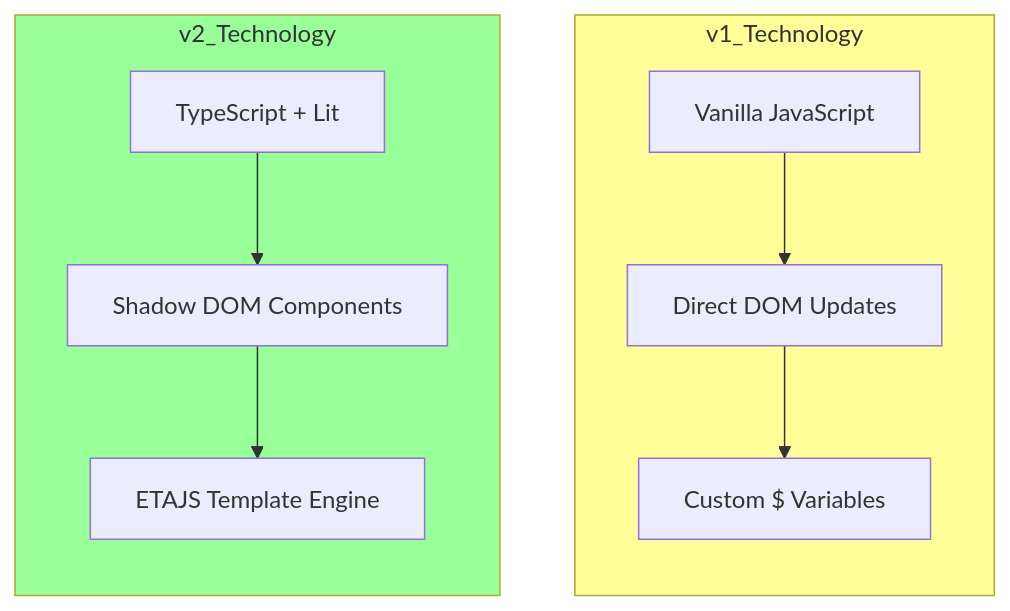
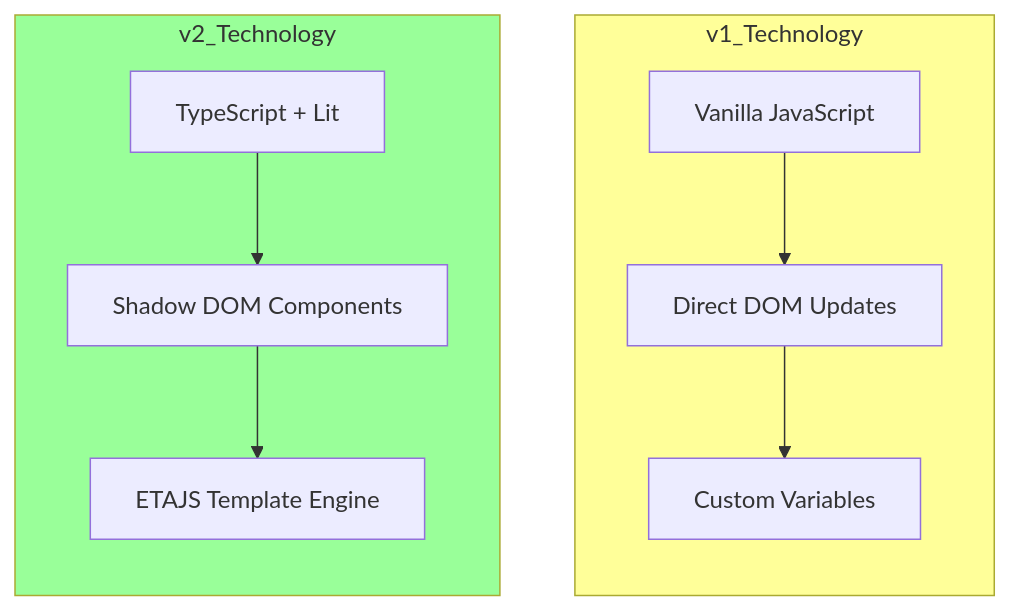
The ninth of 19 diagrams in docs_site/project-history.md (daredoes/linked-lovelace-ui), drawn with Mermaid before and after one commit. The commit also changed other lines of this file and 1 other file, not shown here.

First line of the commit message:
Fix all Mermaid diagram syntax errors for v11.12.3 compatibility

````diff
--- a/docs_site/project-history.md
+++ b/docs_site/project-history.md
@@ -333,18 +338,15 @@
 ```mermaid
-flowchart TD
-    direction TB
+graph TD
     subgraph v1_Technology
         direction TB
         A[Vanilla JavaScript] --> B[Direct DOM Updates]
-        B --> C[Custom $ Variables]
+        B --> C[Custom Variables]
     end
-    
     subgraph v2_Technology
         direction TB
         D[TypeScript + Lit] --> E[Shadow DOM Components]
         E --> F[ETAJS Template Engine]
     end
-    
     style v1_Technology fill:#ff9
     style v2_Technology fill:#9f9
 ```
````
